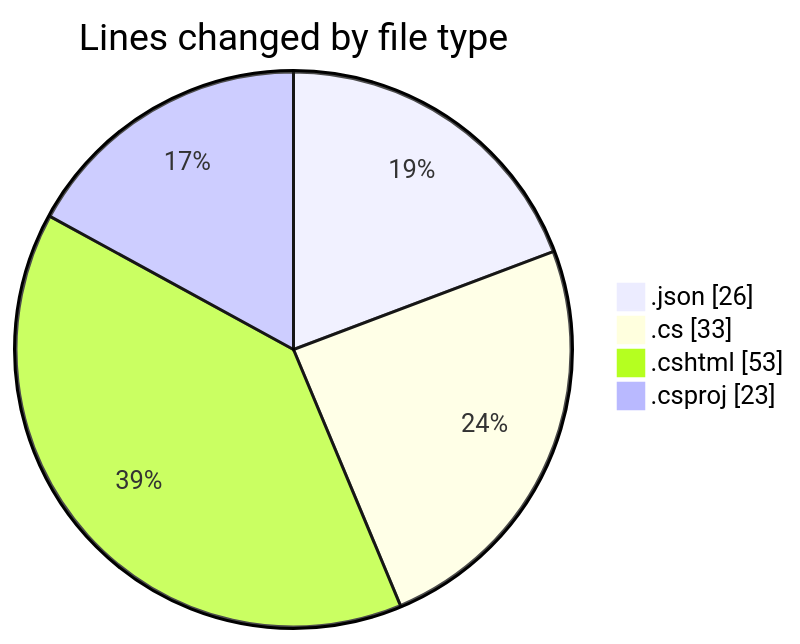
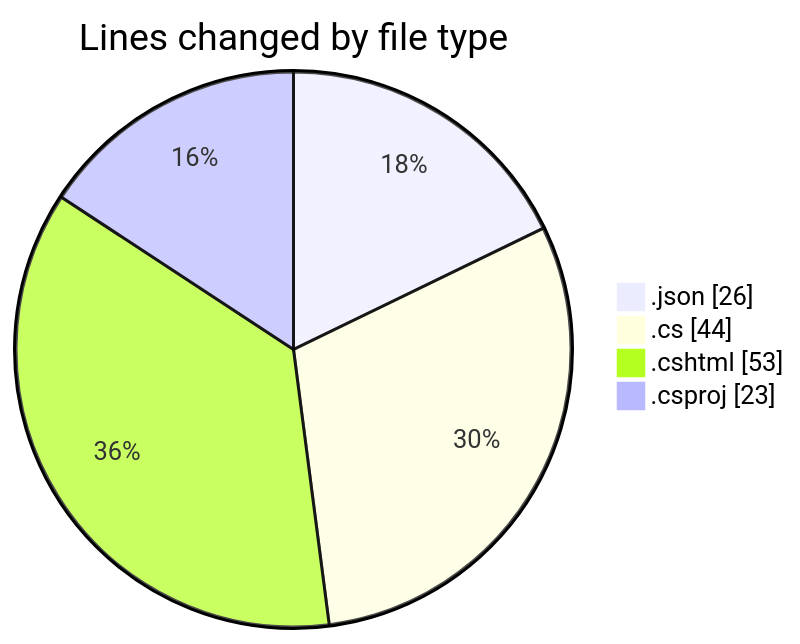
Before and after one commit to lephambinh05/code-tracking: the first of 2 diagrams in 2025-07-19/nhahang/README.md, drawn with Mermaid. The commit also changed other lines of this file and 1 other file, not shown here.

````diff
--- a/2025-07-19/nhahang/README.md
+++ b/2025-07-19/nhahang/README.md
@@ -25,8 +26,8 @@
 ```mermaid
 pie showData
 title Lines changed by file type
 ".json" : 26
-".cs" : 33
+".cs" : 44
 ".cshtml" : 53
 ".csproj" : 23
 ```
````
